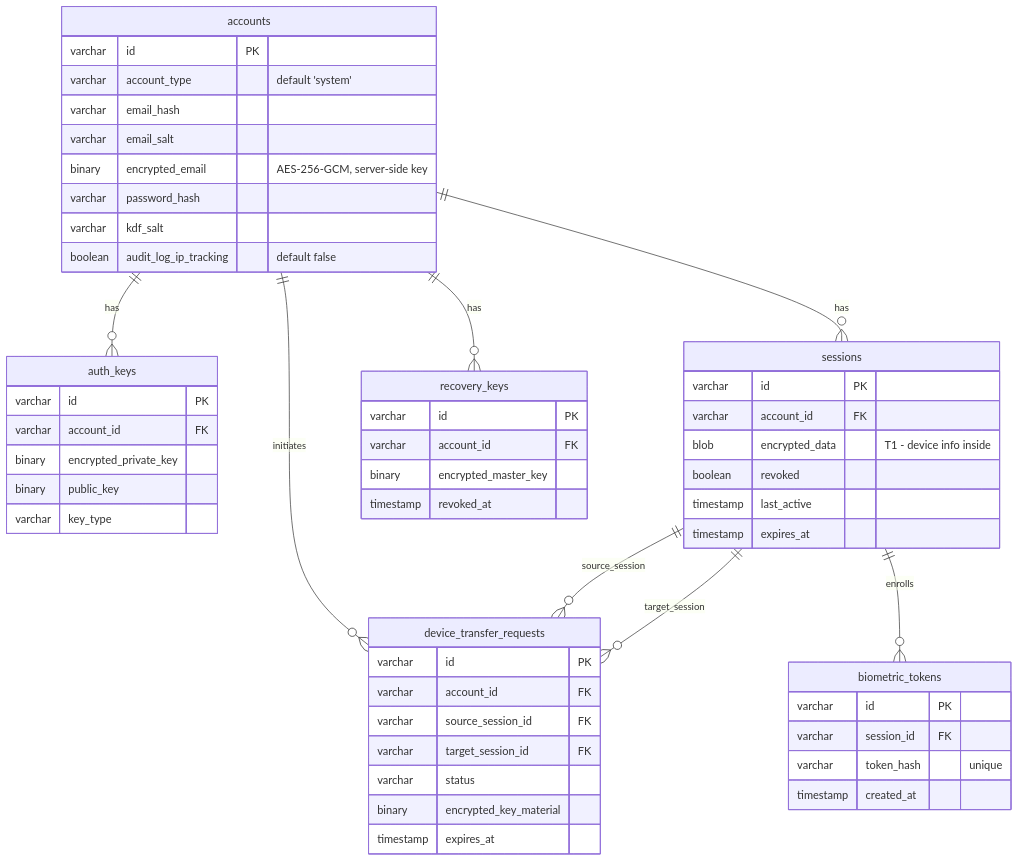
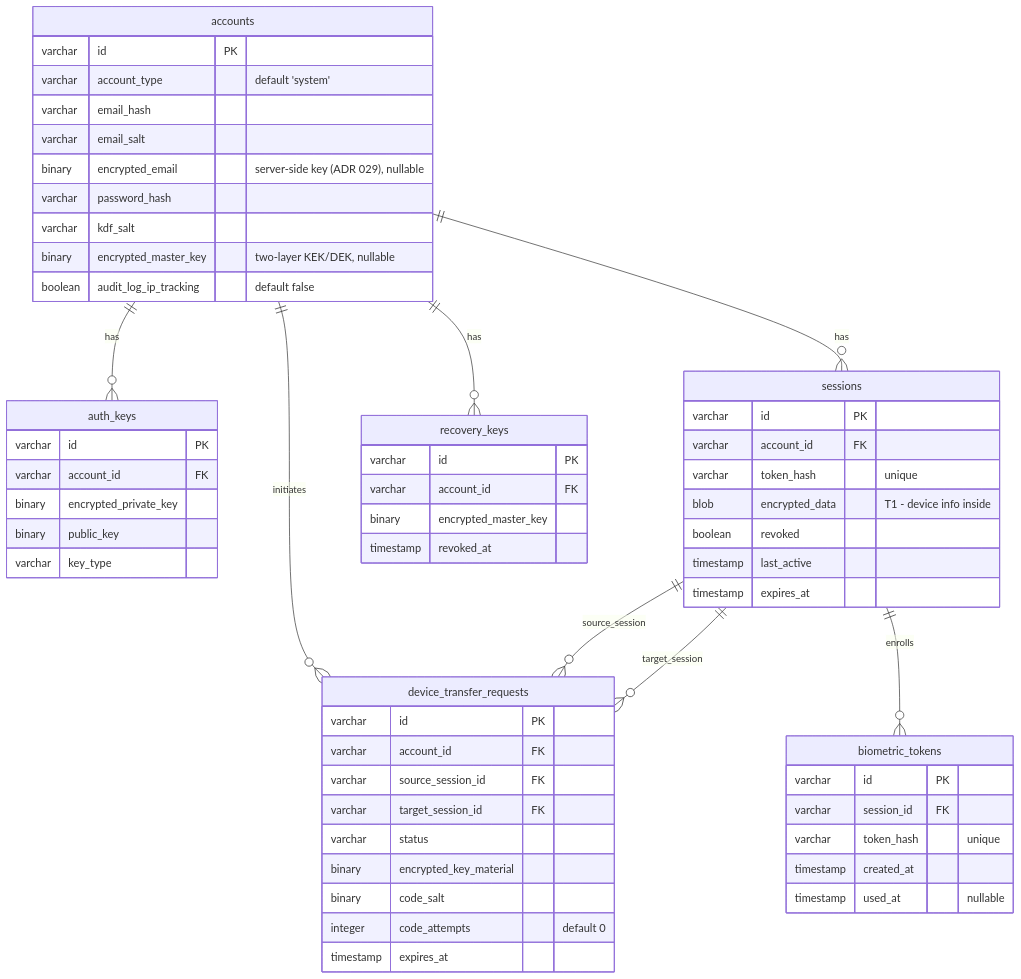
Before and after one commit to ThePrismSystem/pluralscape-mono: the first of 22 diagrams in docs/database-schema.md, drawn with Mermaid. The commit also changed other lines of this file and 25 other files, not shown here.

````diff
--- a/docs/database-schema.md
+++ b/docs/database-schema.md
@@ -22,62 +22,67 @@
 ```mermaid
 erDiagram
     accounts {
         varchar id PK
         varchar account_type "default 'system'"
         varchar email_hash
         varchar email_salt
-        binary encrypted_email "AES-256-GCM, server-side key"
+        binary encrypted_email "server-side key (ADR 029), nullable"
         varchar password_hash
         varchar kdf_salt
+        binary encrypted_master_key "two-layer KEK/DEK, nullable"
         boolean audit_log_ip_tracking "default false"
     }
 
     auth_keys {
         varchar id PK
         varchar account_id FK
         binary encrypted_private_key
         binary public_key
         varchar key_type
     }
 
     sessions {
         varchar id PK
         varchar account_id FK
+        varchar token_hash "unique"
         blob encrypted_data "T1 - device info inside"
         boolean revoked
         timestamp last_active
         timestamp expires_at
     }
 
     recovery_keys {
         varchar id PK
         varchar account_id FK
         binary encrypted_master_key
         timestamp revoked_at
     }
 
     device_transfer_requests {
         varchar id PK
         varchar account_id FK
         varchar source_session_id FK
         varchar target_session_id FK
         varchar status
         binary encrypted_key_material
+        binary code_salt
+        integer code_attempts "default 0"
         timestamp expires_at
     }
 
     biometric_tokens {
         varchar id PK
         varchar session_id FK
         varchar token_hash "unique"
         timestamp created_at
+        timestamp used_at "nullable"
     }
 
     accounts ||--o{ auth_keys : "has"
     accounts ||--o{ sessions : "has"
     accounts ||--o{ recovery_keys : "has"
     accounts ||--o{ device_transfer_requests : "initiates"
     sessions ||--o{ device_transfer_requests : "source_session"
     sessions ||--o{ device_transfer_requests : "target_session"
     sessions ||--o{ biometric_tokens : "enrolls"
 ```
````
